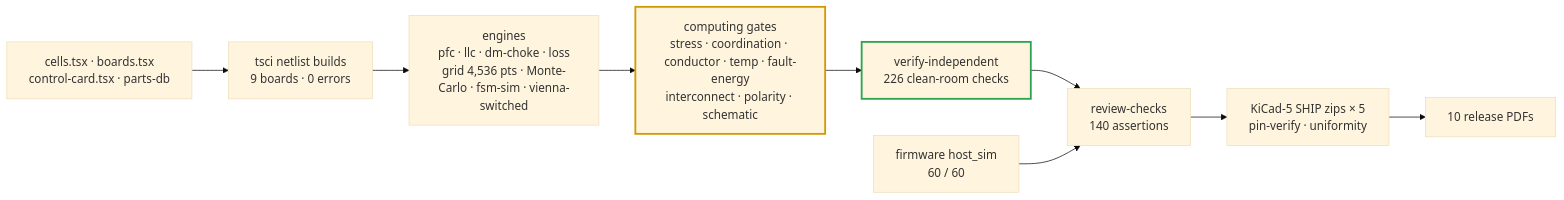
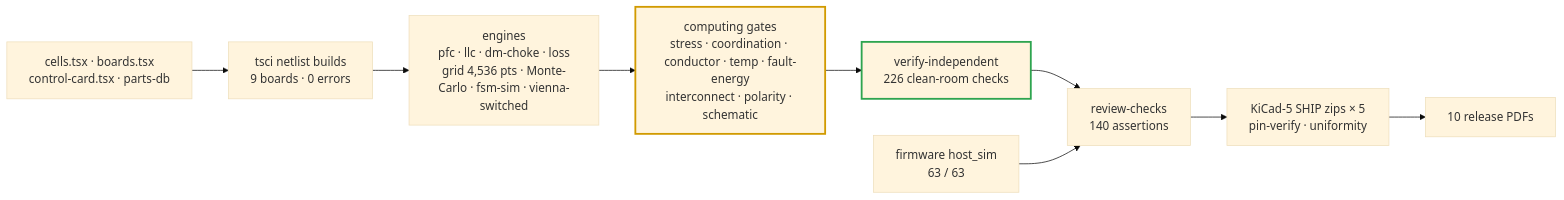
The diagram in docs/verification-matrix.md (vectivolt/DC-Modules), drawn with Mermaid (base theme) before and after one commit. The commit also changed other lines of this file and 91 other files, not shown here.

````diff
--- a/docs/verification-matrix.md
+++ b/docs/verification-matrix.md
@@ -43,13 +43,13 @@
 ```mermaid
 flowchart LR
   SRC["cells.tsx · boards.tsx<br/>control-card.tsx · parts-db"] --> BUILD["tsci netlist builds<br/>9 boards · 0 errors"]
   BUILD --> ENG["engines<br/>pfc · llc · dm-choke · loss<br/>grid 4,536 pts · Monte-Carlo · fsm-sim · vienna-switched"]
   ENG --> GATES["computing gates<br/>stress · coordination · conductor · temp · fault-energy<br/>interconnect · polarity · schematic"]
   GATES --> IND["verify-independent<br/>226 clean-room checks"]
   IND --> REV["review-checks<br/>140 assertions"]
   REV --> SHIP["KiCad-5 SHIP zips × 5<br/>pin-verify · uniformity"]
   SHIP --> PDF["10 release PDFs"]
-  FW["firmware host_sim<br/>60 / 60"] --> REV
+  FW["firmware host_sim<br/>63 / 63"] --> REV
   style GATES stroke:#d19a00,stroke-width:2.5px
   style IND stroke:#2ea44f,stroke-width:2.5px
 ```
````
